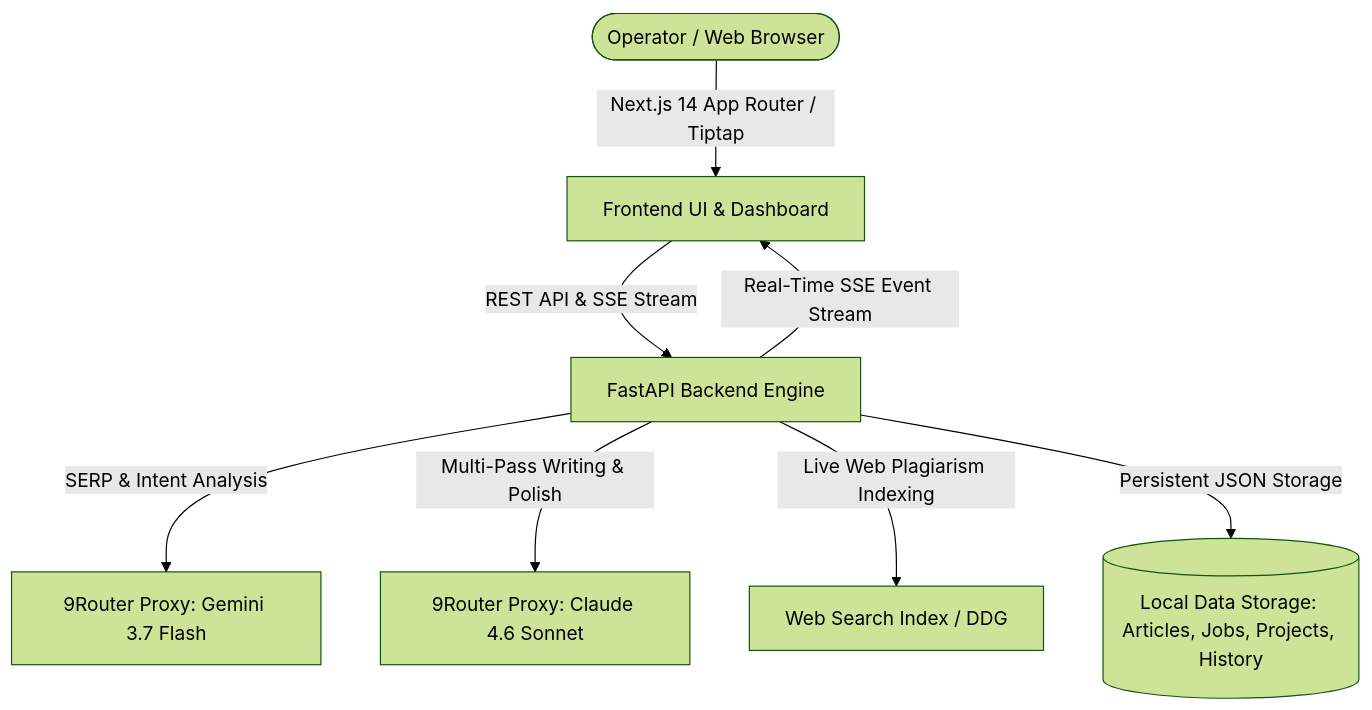
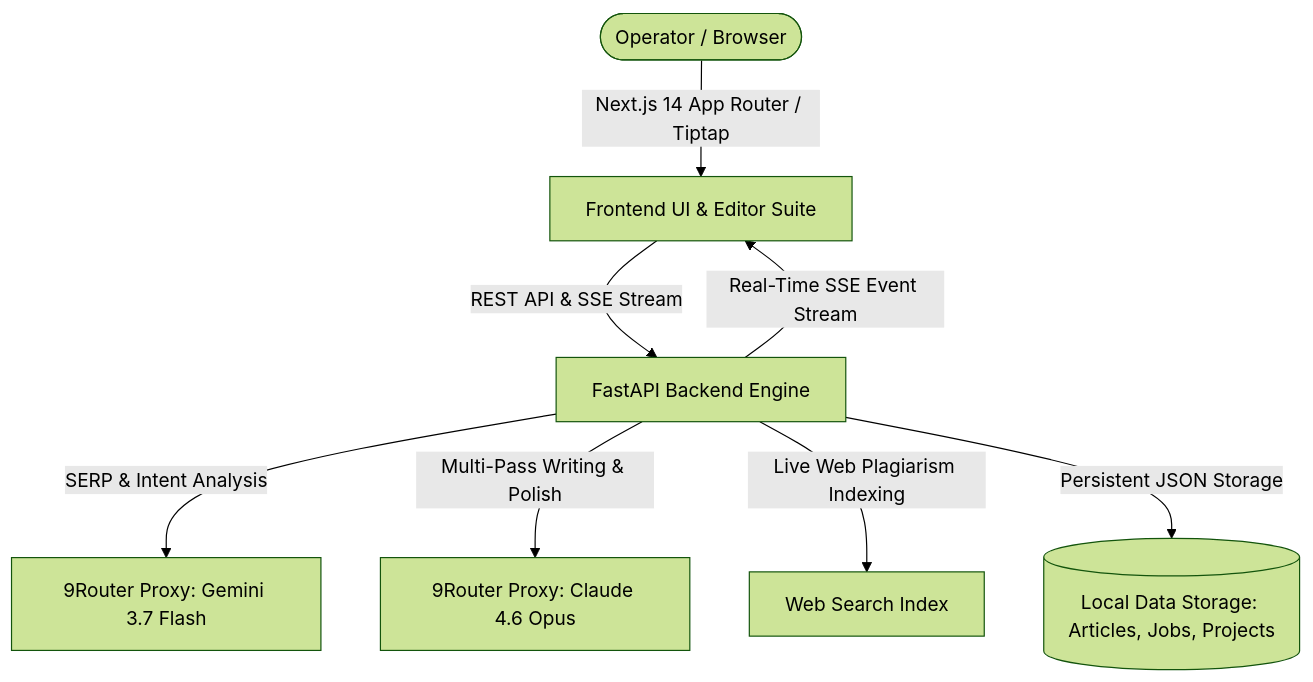
One commit to keefalegends/HariyukaAI changed the diagram in README.md. Above: the diagram before and after it, drawn with Mermaid (forest theme). The commit also changed other lines of this file, not shown here.

Commit message:
docs: update README with Claude 4.6 Opus flagship models, Salna paragraph SOP, and Yoast Snippet Suite

````diff
--- a/README.md
+++ b/README.md
@@ -58,12 +70,12 @@
 ```mermaid
 graph TD
-    User([Operator / Web Browser]) -->|Next.js 14 App Router / Tiptap| Frontend[Frontend UI & Dashboard]
+    User([Operator / Browser]) -->|Next.js 14 App Router / Tiptap| Frontend[Frontend UI & Editor Suite]
     Frontend -->|REST API & SSE Stream| BackendAPI[FastAPI Backend Engine]
     
     BackendAPI -->|SERP & Intent Analysis| NineRouterGemini[9Router Proxy: Gemini 3.7 Flash]
-    BackendAPI -->|Multi-Pass Writing & Polish| NineRouterClaude[9Router Proxy: Claude 4.6 Sonnet]
-    BackendAPI -->|Live Web Plagiarism Indexing| SearchIndex[Web Search Index / DDG]
+    BackendAPI -->|Multi-Pass Writing & Polish| NineRouterClaude[9Router Proxy: Claude 4.6 Opus]
+    BackendAPI -->|Live Web Plagiarism Indexing| SearchIndex[Web Search Index]
     
-    BackendAPI -->|Persistent JSON Storage| DiskDB[(Local Data Storage: Articles, Jobs, Projects, History)]
+    BackendAPI -->|Persistent JSON Storage| DiskDB[(Local Data Storage: Articles, Jobs, Projects)]
     BackendAPI -->|Real-Time SSE Event Stream| Frontend
 ```
````
